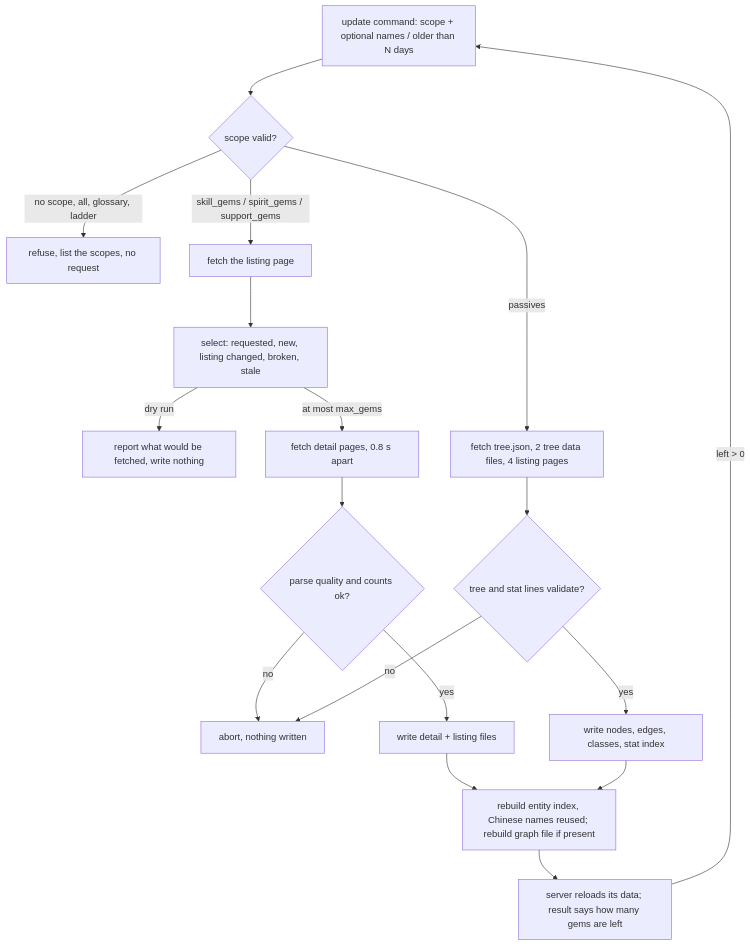
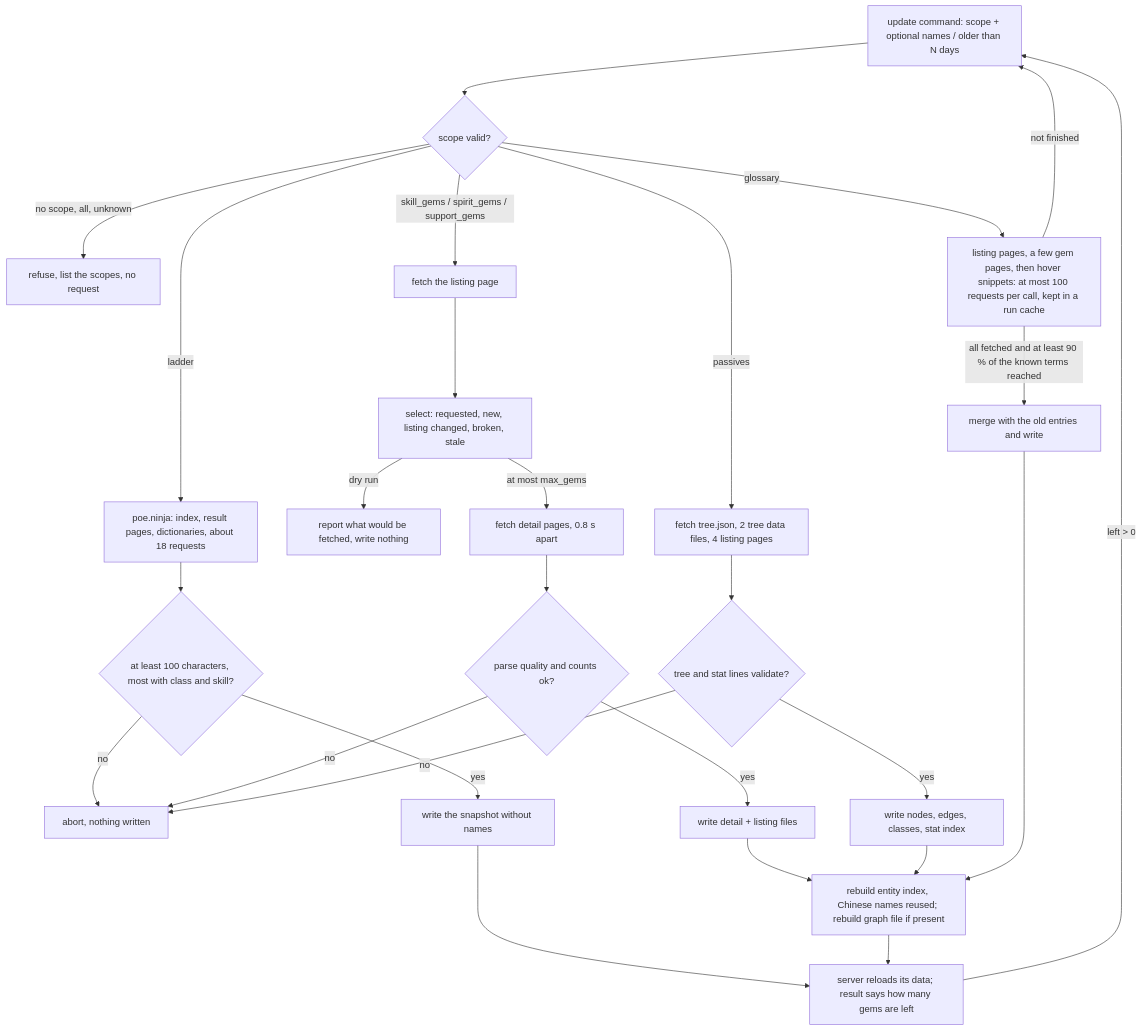
The sixth of 6 diagrams in docs/flow/system_flow.md (GGaryyy/POBG), drawn with Mermaid before and after one commit. The commit also changed other lines of this file and 36 other files, not shown here.

First line of the commit message:
Ladder and glossary update scopes; back to the name POBG

````diff
--- a/docs/flow/system_flow.md
+++ b/docs/flow/system_flow.md
@@ -192,20 +192,29 @@
 ```mermaid
 flowchart TD
     U[update command: scope + optional names / older than N days] --> V{scope valid?}
-    V -->|no scope, all, glossary, ladder| R[refuse, list the scopes, no request]
+    V -->|no scope, all, unknown| R[refuse, list the scopes, no request]
+    V -->|glossary| GL1[listing pages, a few gem pages, then hover snippets: at most 100 requests per call, kept in a run cache]
+    GL1 -->|not finished| U
+    GL1 -->|all fetched and at least 90 % of the known terms reached| GLW[merge with the old entries and write]
+    V -->|ladder| LD[poe.ninja: index, result pages, dictionaries, about 18 requests]
+    LD --> LG{at least 100 characters, most with class and skill?}
+    LG -->|no| A
+    LG -->|yes| LW[write the snapshot without names]
     V -->|skill_gems / spirit_gems / support_gems| L[fetch the listing page]
     L --> S[select: requested, new, listing changed, broken, stale]
     S -->|dry run| D[report what would be fetched, write nothing]
     S -->|at most max_gems| F[fetch detail pages, 0.8 s apart]
     F --> G{parse quality and counts ok?}
     G -->|no| A[abort, nothing written]
     G -->|yes| W[write detail + listing files]
     V -->|passives| P[fetch tree.json, 2 tree data files, 4 listing pages]
     P --> PG{tree and stat lines validate?}
     PG -->|no| A
     PG -->|yes| PW[write nodes, edges, classes, stat index]
     W --> I[rebuild entity index, Chinese names reused; rebuild graph file if present]
     PW --> I
+    GLW --> I
+    LW --> RL
     I --> RL[server reloads its data; result says how many gems are left]
     RL -->|left > 0| U
 ```
````
